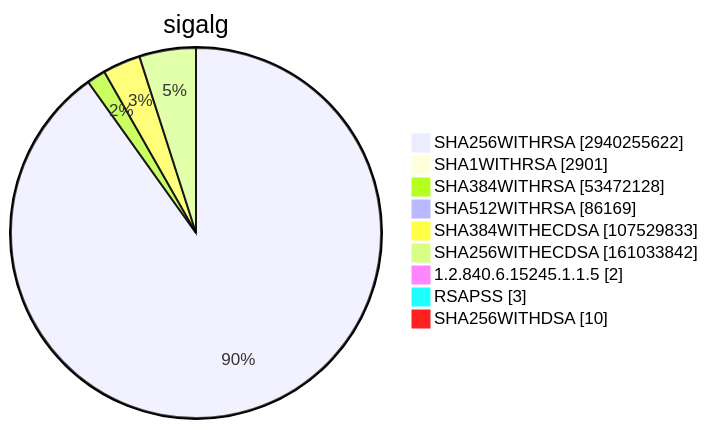
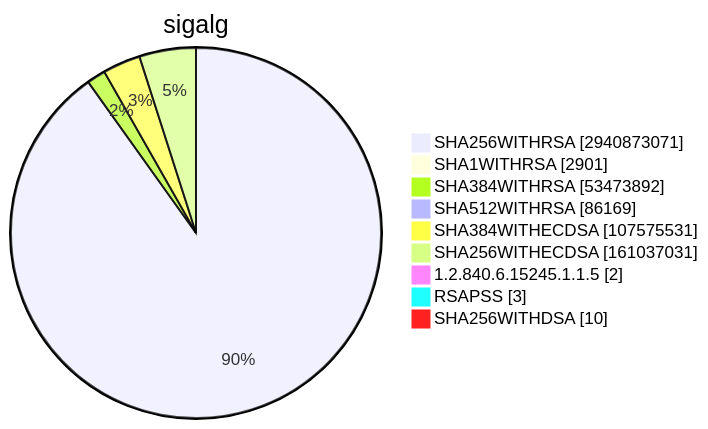
Diagram 15 of 15 in TOTAL/README.md (christiankrug/ctmonitor_visualization), drawn with Mermaid before and after one commit. The commit also changed other lines of this file, not shown here.

````diff
--- a/TOTAL/README.md
+++ b/TOTAL/README.md
@@ -6207,13 +6207,13 @@
 ```mermaid
 pie showData
 title sigalg
-"SHA256WITHRSA" :2940255622
+"SHA256WITHRSA" :2940873071
 "SHA1WITHRSA" :2901
-"SHA384WITHRSA" :53472128
+"SHA384WITHRSA" :53473892
 "SHA512WITHRSA" :86169
-"SHA384WITHECDSA" :107529833
-"SHA256WITHECDSA" :161033842
+"SHA384WITHECDSA" :107575531
+"SHA256WITHECDSA" :161037031
 "1.2.840.6.15245.1.1.5" :2
 "RSAPSS" :3
 "SHA256WITHDSA" :10
 ```
````
